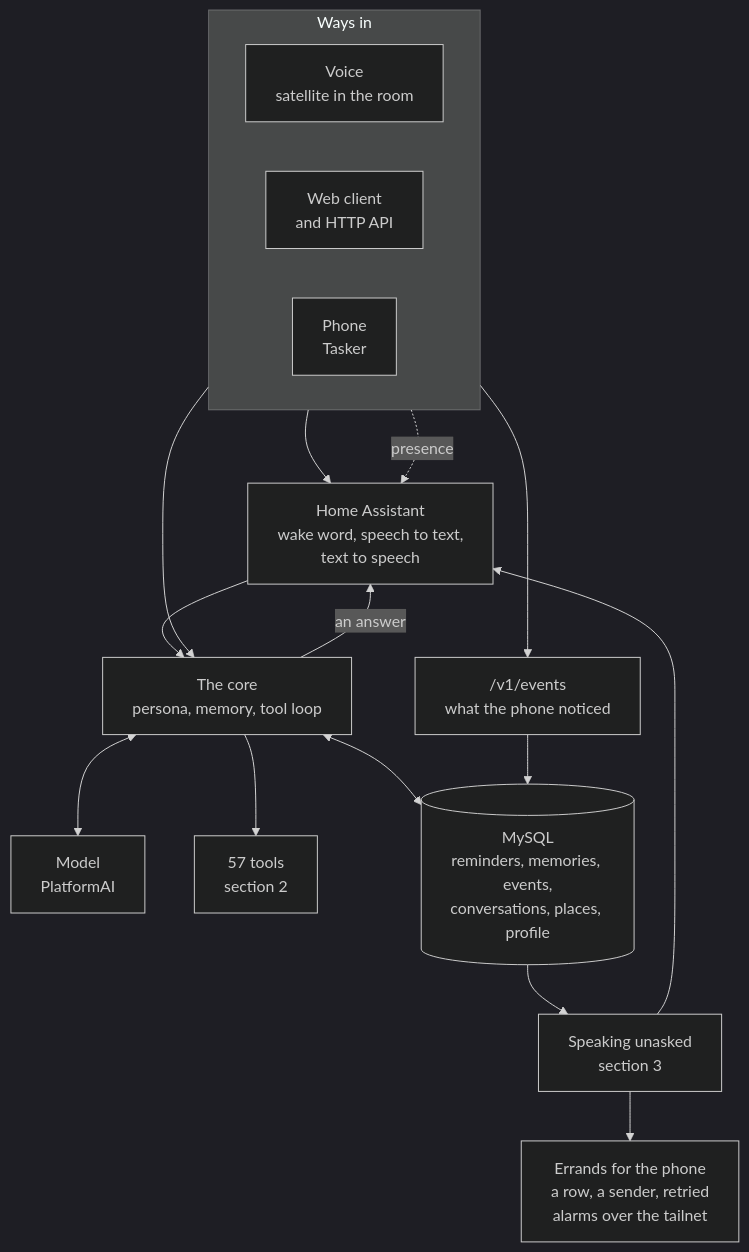
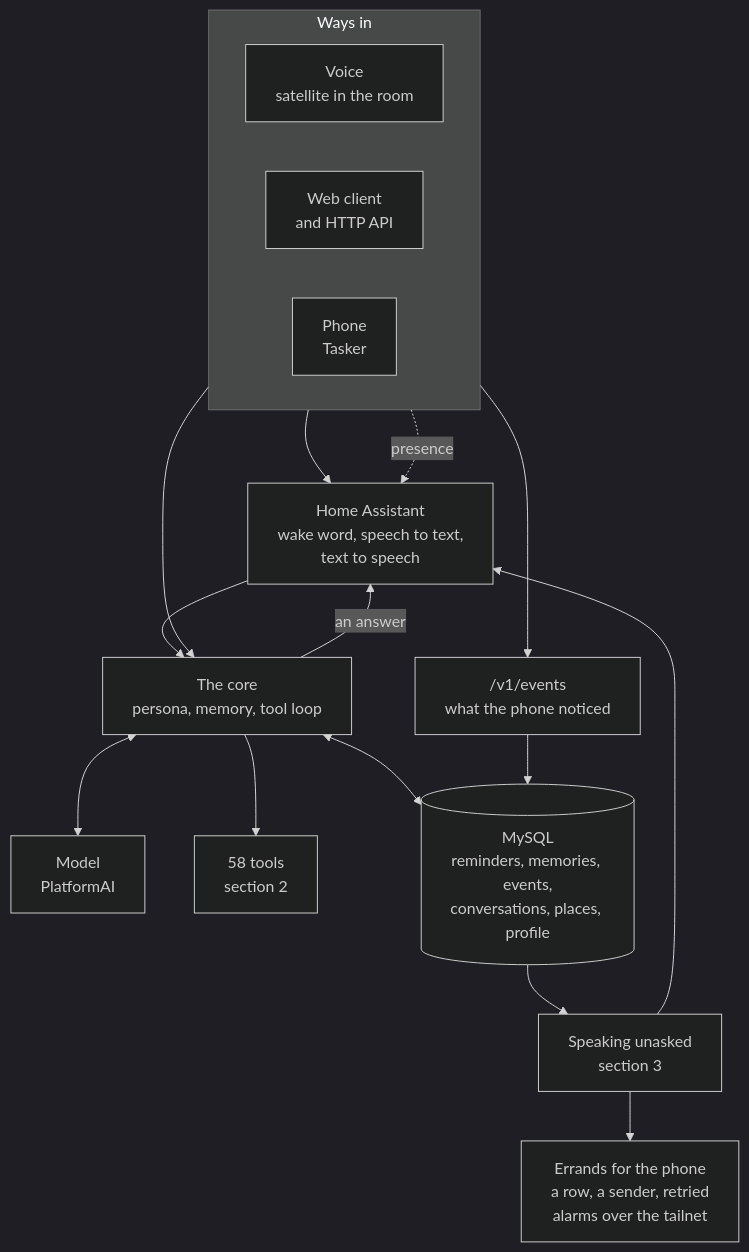
The first of 5 diagrams in FEATURES.md (DhanushRamesh/personal-assistant), drawn with Mermaid (dark theme) before and after one commit. The commit also changed other lines of this file and 3 other files, not shown here.

````diff
--- a/FEATURES.md
+++ b/FEATURES.md
@@ -19,36 +19,36 @@
 ```mermaid
 flowchart TB
     subgraph IN["Ways in"]
         direction LR
         SAT["Voice<br/>satellite in the room"]
         WEB["Web client<br/>and HTTP API"]
         PHONE["Phone<br/>Tasker"]
     end
 
     HA["Home Assistant<br/>wake word, speech to text,<br/>text to speech"]
     EVENTS["/v1/events<br/>what the phone noticed"]
 
     SAT --> HA
     PHONE --> EVENTS
     PHONE -. "presence" .-> HA
     HA --> CORE
     WEB --> CORE
 
     CORE["The core<br/>persona, memory, tool loop"]
     MODEL["Model<br/>PlatformAI"]
-    TOOLS["57 tools<br/>section 2"]
+    TOOLS["58 tools<br/>section 2"]
     DB[("MySQL<br/>reminders, memories, events,<br/>conversations, places, profile")]
 
     CORE <--> MODEL
     CORE --> TOOLS
     CORE <--> DB
     EVENTS --> DB
     CORE -- "an answer" --> HA
 
     UNASKED["Speaking unasked<br/>section 3"]
     ALARMS["Errands for the phone<br/>a row, a sender, retried<br/>alarms over the tailnet"]
 
     DB --> UNASKED
     UNASKED --> HA
     UNASKED --> ALARMS
 ```
````
